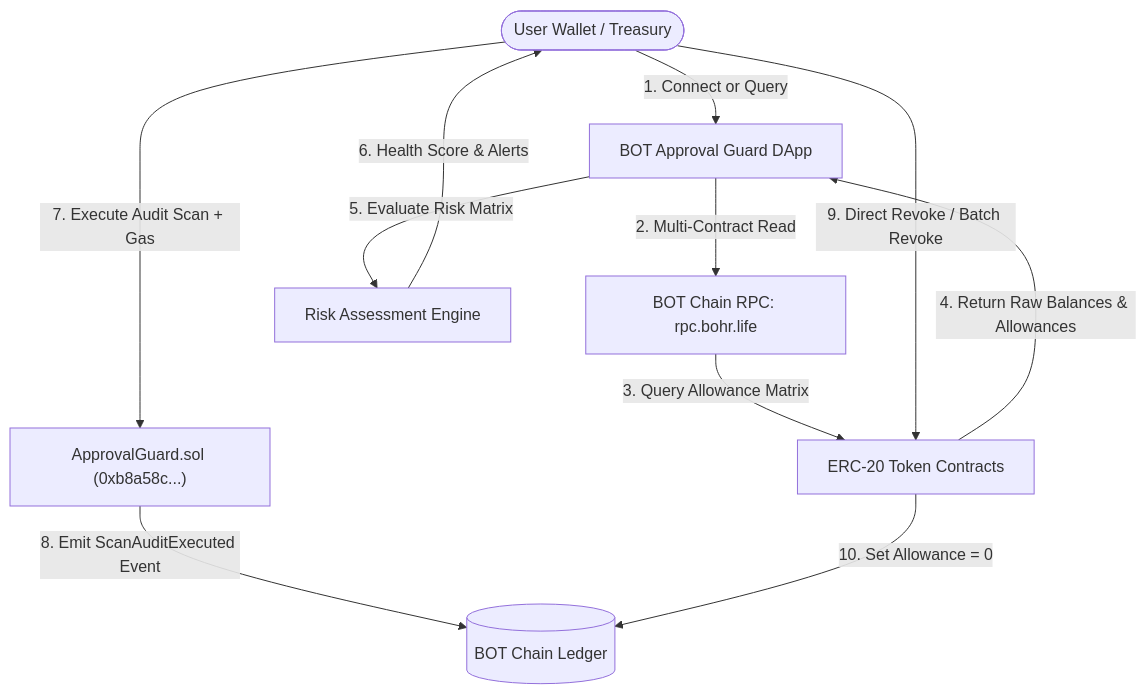
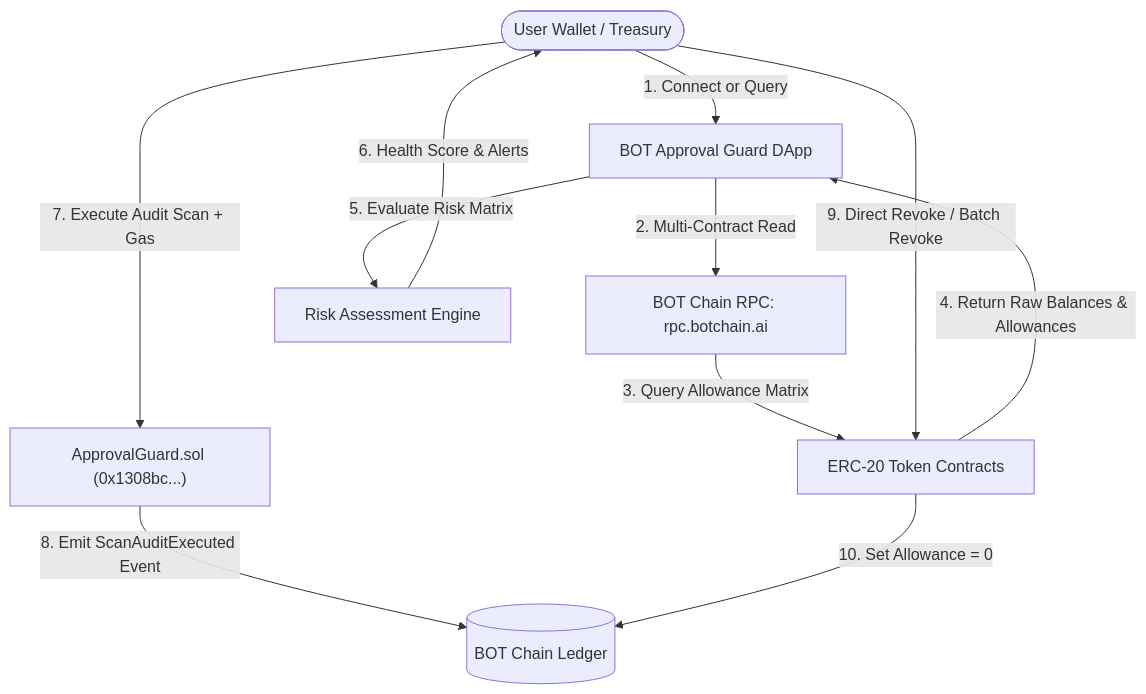
Before and after one commit to webtrovert0x/approval-Guard: the diagram in WHITEPAPER.md, drawn with Mermaid. The commit also changed other lines of this file and 27 other files, not shown here.

Commit message:
Deploy to BOT Chain Mainnet 677, add ecosystem links, and polish UI layout

````diff
--- a/WHITEPAPER.md
+++ b/WHITEPAPER.md
@@ -44,16 +44,16 @@
 ```mermaid
 graph TD
     User([User Wallet / Treasury]) -->|1. Connect or Query| DApp[BOT Approval Guard DApp]
-    DApp -->|2. Multi-Contract Read| RPC[BOT Chain RPC: rpc.bohr.life]
+    DApp -->|2. Multi-Contract Read| RPC[BOT Chain RPC: rpc.botchain.ai]
     RPC -->|3. Query Allowance Matrix| ERC20[ERC-20 Token Contracts]
     ERC20 -->|4. Return Raw Balances & Allowances| DApp
     
     DApp -->|5. Evaluate Risk Matrix| Engine[Risk Assessment Engine]
     Engine -->|6. Health Score & Alerts| User
     
-    User -->|7. Execute Audit Scan + Gas| GuardContract["ApprovalGuard.sol (0xb8a58c...)"]
+    User -->|7. Execute Audit Scan + Gas| GuardContract["ApprovalGuard.sol (0x1308bc...)"]
     GuardContract -->|8. Emit ScanAuditExecuted Event| Chain[(BOT Chain Ledger)]
     
     User -->|9. Direct Revoke / Batch Revoke| ERC20
     ERC20 -->|10. Set Allowance = 0| Chain
 ```
````
